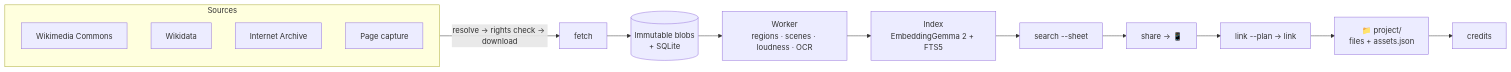
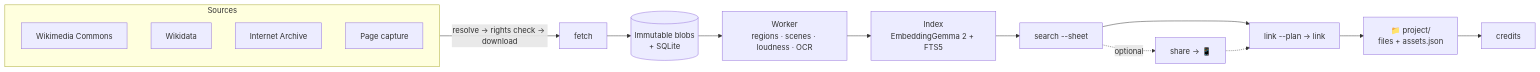
The second of 2 diagrams in README.md (lee813/Proproom), drawn with Mermaid before and after one commit. The commit also changed other lines of this file and 1 other file, not shown here.

First line of the commit message:
Make the phone review optional in the agent flow

````diff
--- a/README.md
+++ b/README.md
@@ -229,18 +224,19 @@
 ```mermaid
 flowchart LR
     subgraph Sources
       C[Wikimedia Commons]
       W[Wikidata]
       I[Internet Archive]
       K[Page capture]
     end
     Sources -->|resolve → rights check → download| F[fetch]
     F --> B[(Immutable blobs<br/>+ SQLite)]
     B --> WK[Worker<br/>regions · scenes · loudness · OCR]
     WK --> IX[Index<br/>EmbeddingGemma 2 + FTS5]
     IX --> S[search --sheet]
-    S --> SH[share → 📱]
-    SH --> L[link --plan → link]
+    S --> L[link --plan → link]
+    S -.->|optional| SH[share → 📱]
+    SH -.-> L
     L --> PR[📁 project/<br/>files + assets.json]
     PR --> CR[credits]
 ```
````
